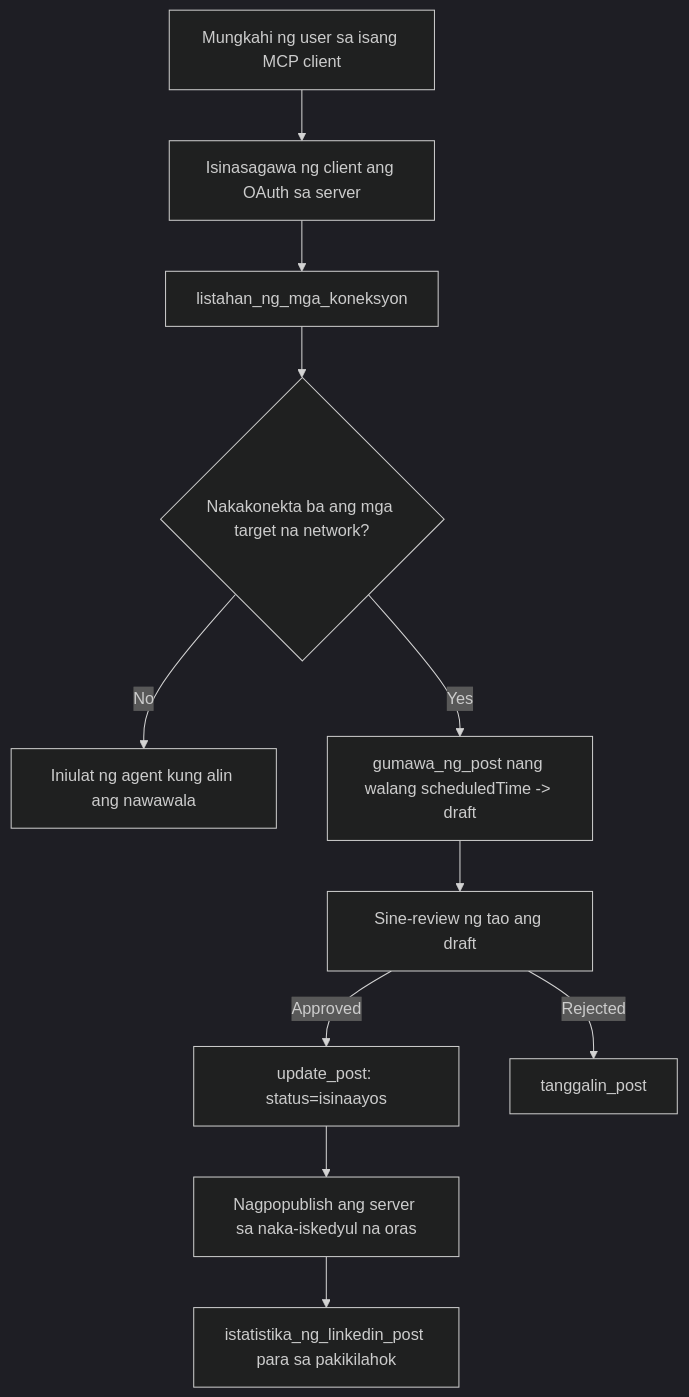
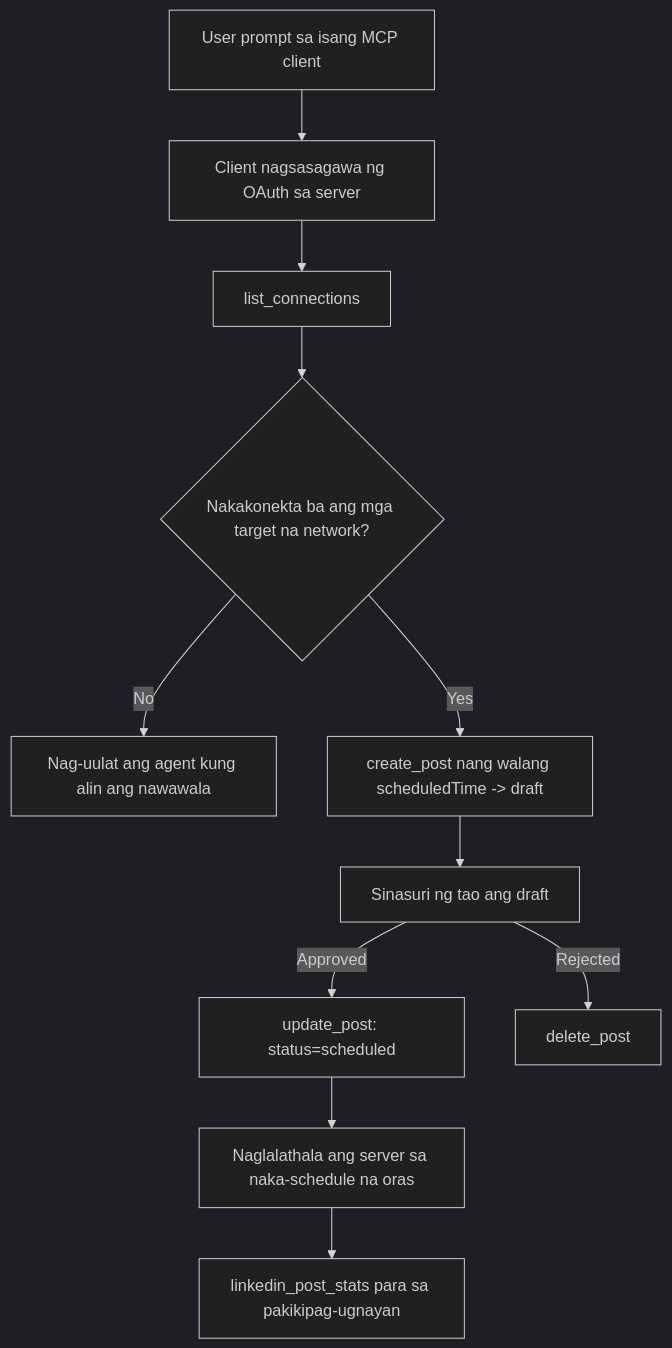
The diagram in translations/tl/09-CaseStudy/publora-social-publishing.md (microsoft/mcp-for-beginners), drawn with Mermaid (dark theme) before and after one commit. The commit also changed other lines of this file and 152 other files, not shown here.

````diff
--- a/translations/tl/09-CaseStudy/publora-social-publishing.md
+++ b/translations/tl/09-CaseStudy/publora-social-publishing.md
@@ -47,13 +47,13 @@
 ```mermaid
 flowchart TD
-    A[Mungkahi ng user sa isang MCP client] --> B[Isinasagawa ng client ang OAuth sa server]
-    B --> C[listahan_ng_mga_koneksyon]
+    A[User prompt sa isang MCP client] --> B[Client nagsasagawa ng OAuth sa server]
+    B --> C[list_connections]
     C --> D{Nakakonekta ba ang mga target na network?}
-    D -- No --> E[Iniulat ng agent kung alin ang nawawala]
-    D -- Yes --> F[gumawa_ng_post nang walang scheduledTime -> draft]
-    F --> G[Sine-review ng tao ang draft]
-    G -- Approved --> H[update_post: status=isinaayos]
-    G -- Rejected --> I[tanggalin_post]
-    H --> J[Nagpopublish ang server sa naka-iskedyul na oras]
-    J --> K[istatistika_ng_linkedin_post para sa pakikilahok]
+    D -- No --> E[Nag-uulat ang agent kung alin ang nawawala]
+    D -- Yes --> F[create_post nang walang scheduledTime -> draft]
+    F --> G[Sinasuri ng tao ang draft]
+    G -- Approved --> H[update_post: status=scheduled]
+    G -- Rejected --> I[delete_post]
+    H --> J[Naglalathala ang server sa naka-schedule na oras]
+    J --> K[linkedin_post_stats para sa pakikipag-ugnayan]
 ```
````
